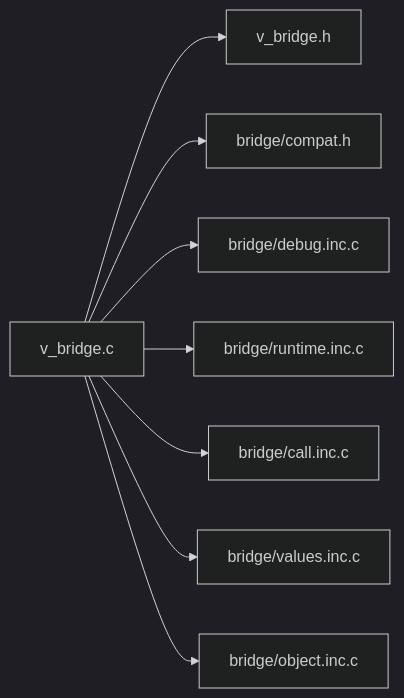
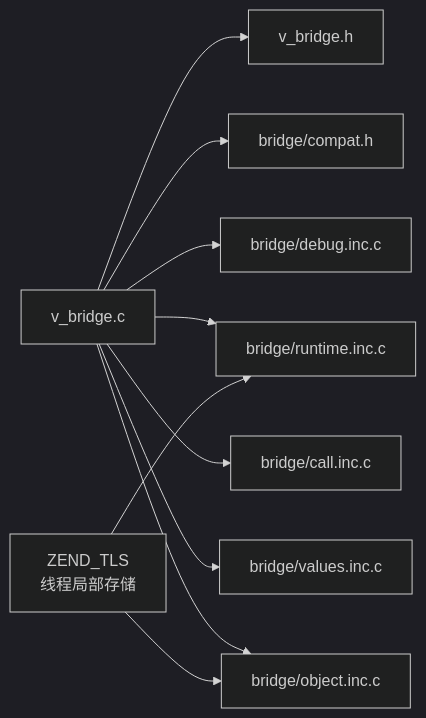
The sixth of 6 diagrams in .qoder/repowiki/zh/content/Bridge 与 FFI 层.md (guweigang/vphpx), drawn with Mermaid (dark theme) before and after one commit. The commit also changed other lines of this file and 13 other files, not shown here.

````diff
--- a/.qoder/repowiki/zh/content/Bridge 与 FFI 层.md
+++ b/.qoder/repowiki/zh/content/Bridge 与 FFI 层.md
@@ -307,10 +340,12 @@
 ```mermaid
 graph LR
 vbc["v_bridge.c"] --> vbh["v_bridge.h"]
 vbc --> compat["bridge/compat.h"]
 vbc --> dbg["bridge/debug.inc.c"]
 vbc --> rt["bridge/runtime.inc.c"]
 vbc --> cl["bridge/call.inc.c"]
 vbc --> vl["bridge/values.inc.c"]
 vbc --> ob["bridge/object.inc.c"]
+tls["ZEND_TLS<br/>线程局部存储"] --> rt
+tls --> ob
 ```
````
